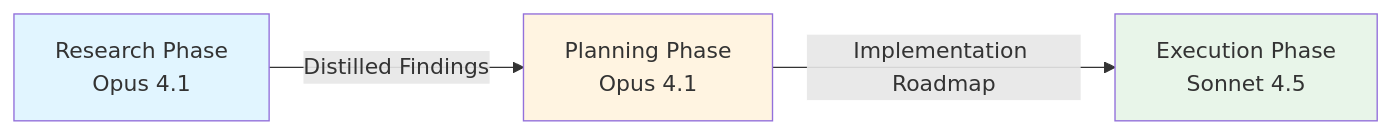
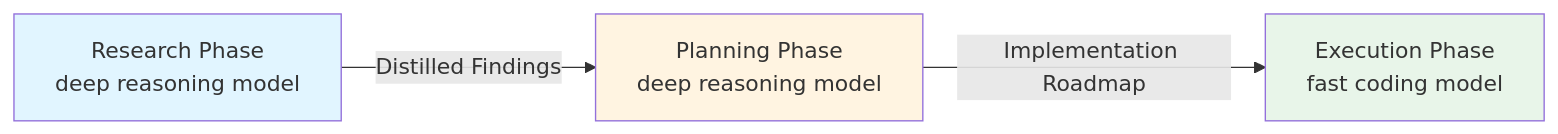
Before and after one commit to nibzard/awesome-agentic-patterns: the diagram in patterns/discrete-phase-separation.md, drawn with Mermaid. The commit also changed other lines of this file and 67 other files, not shown here.

````diff
--- a/patterns/discrete-phase-separation.md
+++ b/patterns/discrete-phase-separation.md
@@ -52,9 +54,9 @@
 ```mermaid
 graph LR
-    A[Research Phase<br/>Opus 4.1] -->|Distilled Findings| B[Planning Phase<br/>Opus 4.1]
-    B -->|Implementation Roadmap| C[Execution Phase<br/>Sonnet 4.5]
+    A[Research Phase<br/>deep reasoning model] -->|Distilled Findings| B[Planning Phase<br/>deep reasoning model]
+    B -->|Implementation Roadmap| C[Execution Phase<br/>fast coding model]
 
     style A fill:#e1f5ff
     style B fill:#fff4e1
     style C fill:#e8f5e9
 ```
````
